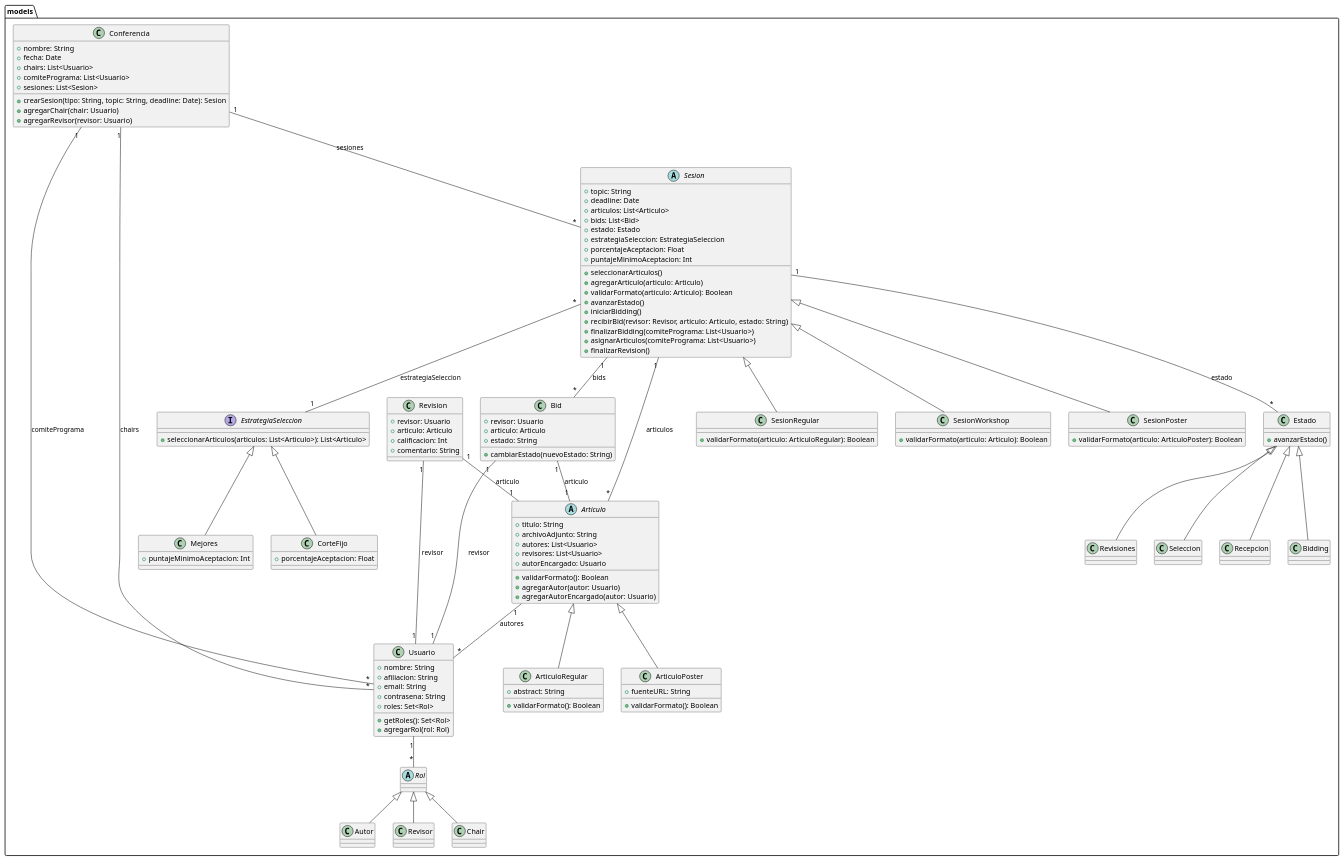
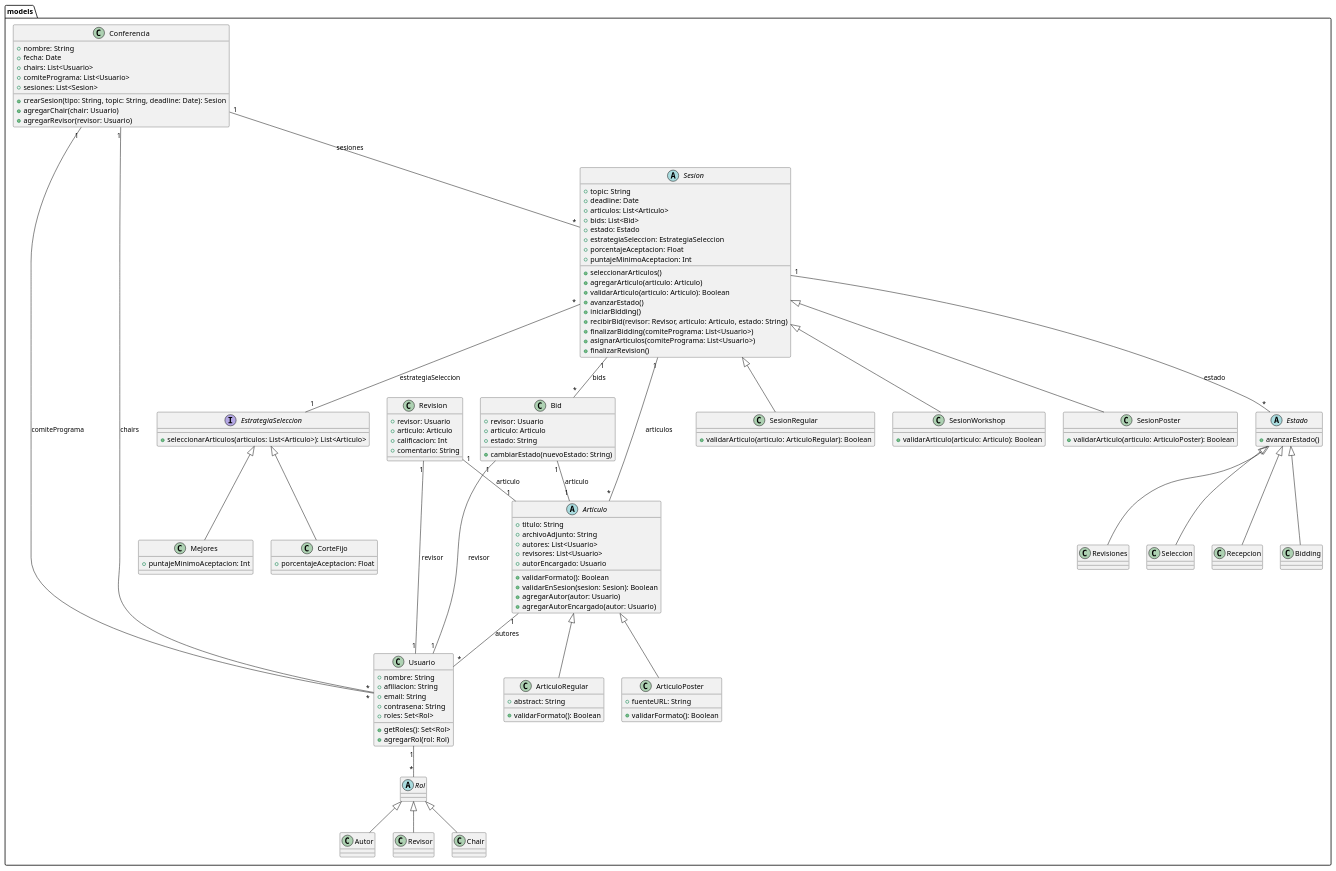
The diagram in docs/diagrama.puml (hadominguez/ComfyChair), drawn with PlantUML before and after one commit. The commit also changed 13 other files, not shown here.

```diff
--- a/docs/diagrama.puml
+++ b/docs/diagrama.puml
@@ -1,140 +1,141 @@
-@startuml
+@startuml diagrama
 
 package models {
   class Usuario {
     +nombre: String
     +afiliacion: String
     +email: String
     +contrasena: String
     +roles: Set<Rol>
     +getRoles(): Set<Rol>
     +agregarRol(rol: Rol)
   }
 
   abstract class Rol {
   }
 
   class Autor extends Rol {
   }
 
   class Revisor extends Rol {
   }
 
   class Chair extends Rol {
   }
 
   class Conferencia {
     +nombre: String
     +fecha: Date
     +chairs: List<Usuario>
     +comitePrograma: List<Usuario>
     +sesiones: List<Sesion>
     +crearSesion(tipo: String, topic: String, deadline: Date): Sesion
     +agregarChair(chair: Usuario)
     +agregarRevisor(revisor: Usuario)
   }
 
   abstract class Sesion {
     +topic: String
     +deadline: Date
     +articulos: List<Articulo>
     +bids: List<Bid>
     +estado: Estado
     +estrategiaSeleccion: EstrategiaSeleccion
     +porcentajeAceptacion: Float
     +puntajeMinimoAceptacion: Int
     +seleccionarArticulos()
     +agregarArticulo(articulo: Articulo)
-    +validarFormato(articulo: Articulo): Boolean
+    +validarArticulo(articulo: Articulo): Boolean
     +avanzarEstado()
     +iniciarBidding()
     +recibirBid(revisor: Revisor, articulo: Articulo, estado: String)
     +finalizarBidding(comitePrograma: List<Usuario>)
     +asignarArticulos(comitePrograma: List<Usuario>)
     +finalizarRevision()
   }
 
   class SesionRegular extends Sesion {
-    +validarFormato(articulo: ArticuloRegular): Boolean
+    +validarArticulo(articulo: ArticuloRegular): Boolean
   }
 
   class SesionWorkshop extends Sesion {
-    +validarFormato(articulo: Articulo): Boolean
+    +validarArticulo(articulo: Articulo): Boolean
   }
 
   class SesionPoster extends Sesion {
-    +validarFormato(articulo: ArticuloPoster): Boolean
+    +validarArticulo(articulo: ArticuloPoster): Boolean
   }
 
   abstract class Articulo {
     +titulo: String
     +archivoAdjunto: String
     +autores: List<Usuario>
     +revisores: List<Usuario>
     +autorEncargado: Usuario
     +validarFormato(): Boolean
+    +validarEnSesion(sesion: Sesion): Boolean
     +agregarAutor(autor: Usuario)
     +agregarAutorEncargado(autor: Usuario)
   }
 
   class ArticuloRegular extends Articulo {
     +abstract: String
     +validarFormato(): Boolean
   }
 
   class ArticuloPoster extends Articulo {
     +fuenteURL: String
     +validarFormato(): Boolean
   }
 
   class Revision {
     +revisor: Usuario
     +articulo: Articulo
     +calificacion: Int
     +comentario: String
   }
 
   class Bid {
     +revisor: Usuario
     +articulo: Articulo
     +estado: String
     +cambiarEstado(nuevoEstado: String)
   }
 
   interface EstrategiaSeleccion {
     +seleccionarArticulos(articulos: List<Articulo>): List<Articulo>
   }
 
   class Mejores extends EstrategiaSeleccion {
     +puntajeMinimoAceptacion: Int
   }
 
   class CorteFijo extends EstrategiaSeleccion {
     +porcentajeAceptacion: Float
   }
 
-  class Estado {
+  abstract class Estado {
     +avanzarEstado()
   }
 
   class Recepcion extends Estado {}
   class Bidding extends Estado {}
   class Revisiones extends Estado {}
   class Seleccion extends Estado {}
 }
 
 Usuario "1" -- "*" Rol
 Conferencia "1" -- "*" Usuario : "chairs"
 Conferencia "1" -- "*" Usuario : "comitePrograma"
 Conferencia "1" -- "*" Sesion : "sesiones"
 Sesion "1" -- "*" Articulo : "articulos"
 Sesion "1" -- "*" Bid : "bids"
 Sesion "*" -- "1" EstrategiaSeleccion : "estrategiaSeleccion"
 Sesion "1" -- "*" Estado : "estado"
 Articulo "1" -- "*" Usuario : "autores"
 Bid "1" -- "1" Usuario : "revisor"
 Bid "1" -- "1" Articulo : "articulo"
 Revision "1" -- "1" Usuario : "revisor"
 Revision "1" -- "1" Articulo : "articulo"
 
 @enduml
```
